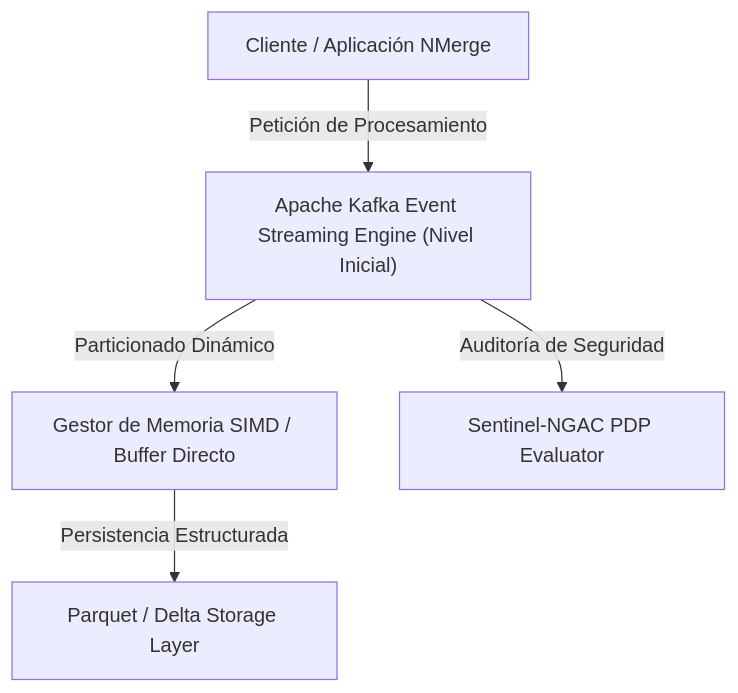
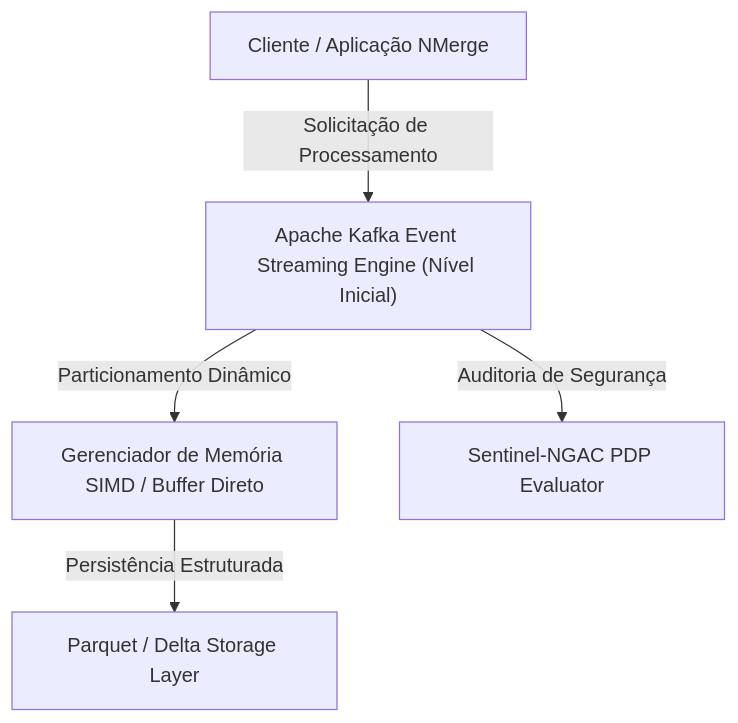
The diagram in public/docs/pt/datascience_kafka.md (gjpierp/nmergeia), drawn with Mermaid before and after one commit. The commit also changed other lines of this file and 182 other files, not shown here.

Commit message:
fix(i18n): sincronizar claves de menú i18n para los 7 idiomas, traducir diagramas Mermaid y agregar fallback a español contra 404 de Vite

````diff
--- a/public/docs/pt/datascience_kafka.md
+++ b/public/docs/pt/datascience_kafka.md
@@ -16,7 +16,7 @@
 ```mermaid
 flowchart TD
-    A["Cliente / Aplicación NMerge"] -->|Petición de Procesamiento| B["Apache Kafka Event Streaming Engine (Nivel Inicial)"]
-    B -->|Particionado Dinámico| C["Gestor de Memoria SIMD / Buffer Directo"]
-    C -->|Persistencia Estructurada| D["Parquet / Delta Storage Layer"]
-    B -->|Auditoría de Seguridad| E["Sentinel-NGAC PDP Evaluator"]
+    A["Cliente / Aplicação NMerge"] -->|Solicitação de Processamento| B["Apache Kafka Event Streaming Engine (Nível Inicial)"]
+    B -->|Particionamento Dinâmico| C["Gerenciador de Memória SIMD / Buffer Direto"]
+    C -->|Persistência Estruturada| D["Parquet / Delta Storage Layer"]
+    B -->|Auditoria de Segurança| E["Sentinel-NGAC PDP Evaluator"]
 ```
````
